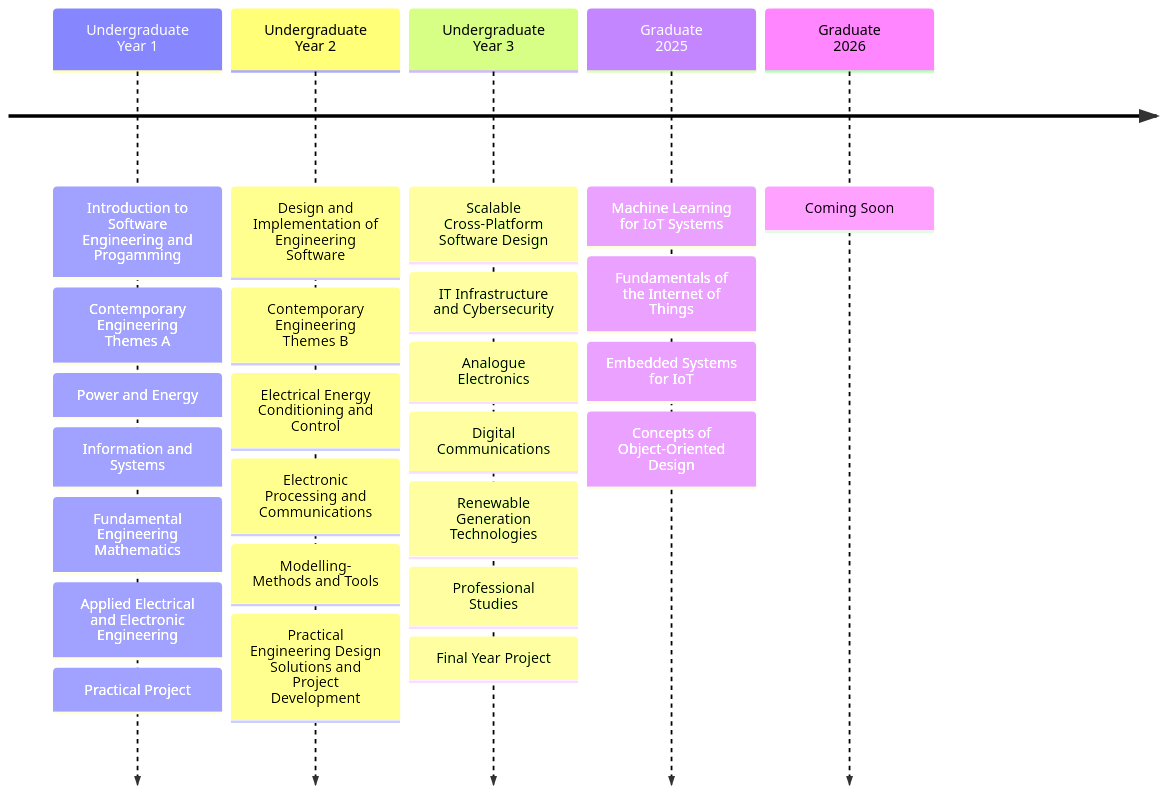
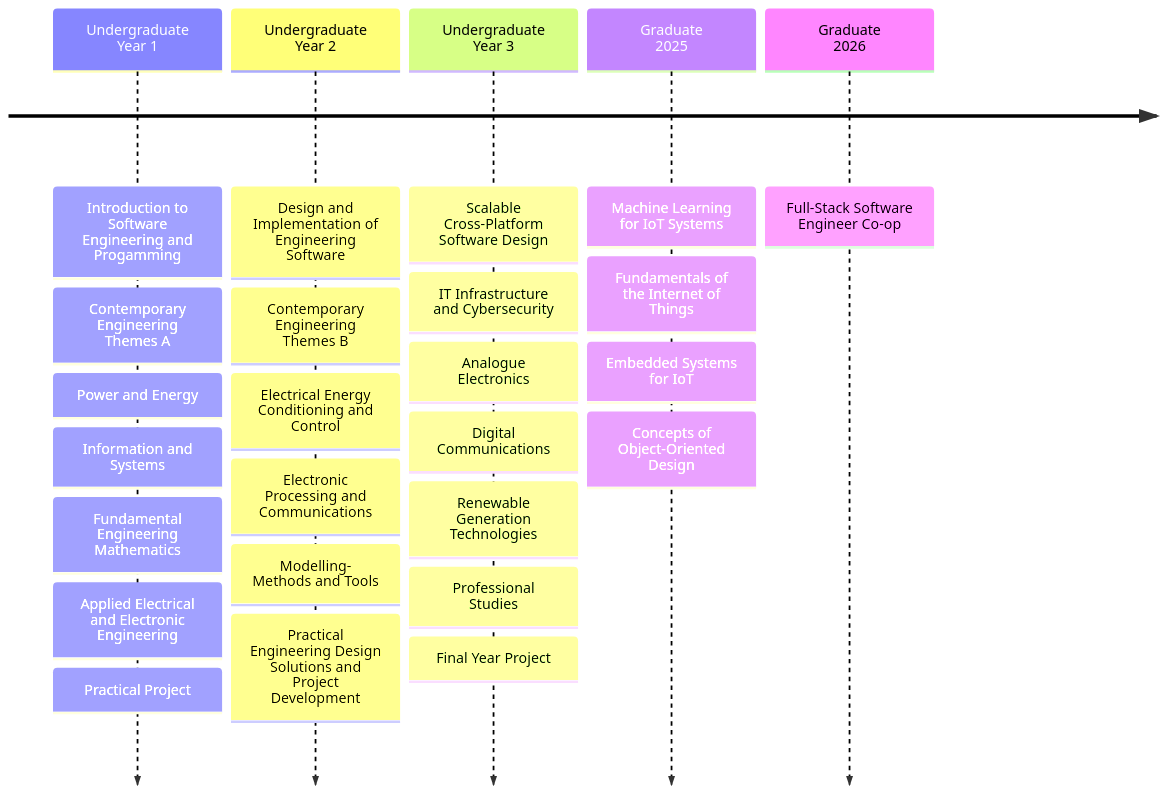
One commit to sohampatwardhan/sohampatwardhan changed the diagram in README.md. Above: the diagram before and after it, drawn with Mermaid. The commit also changed other lines of this file, not shown here.

Commit message:
Update README: Add co-op information and update timeline

````diff
--- a/README.md
+++ b/README.md
@@ -12,33 +9,33 @@
 ```mermaid
 
 timeline
     Undergraduate<br>Year 1 : Introduction to Software Engineering and Progamming
                             : Contemporary Engineering Themes A
                             : Power and Energy
                             : Information and Systems
                             : Fundamental Engineering Mathematics
                             : Applied Electrical and Electronic Engineering: Practical Project
 
     Undergraduate<br>Year 2 : Design and Implementation of Engineering Software
                             : Contemporary Engineering Themes B
                             : Electrical Energy Conditioning and Control
                             : Electronic Processing and Communications
                             : Modelling- Methods and Tools
                             : Practical Engineering Design Solutions and Project Development
 
     Undergraduate<br>Year 3 : Scalable Cross-Platform Software Design
                             : IT Infrastructure and Cybersecurity
                             : Analogue Electronics
                             : Digital Communications
                             : Renewable Generation Technologies
                             : Professional Studies
                             : Final Year Project
 
     Graduate<br>2025        : Machine Learning for IoT Systems
                             : Fundamentals of the Internet of Things
                             : Embedded Systems for IoT
                             : Concepts of Object-Oriented Design
 
-    Graduate<br>2026        : Coming Soon
+    Graduate<br>2026        : Full-Stack Software Engineer Co-op
 
 ```
````
